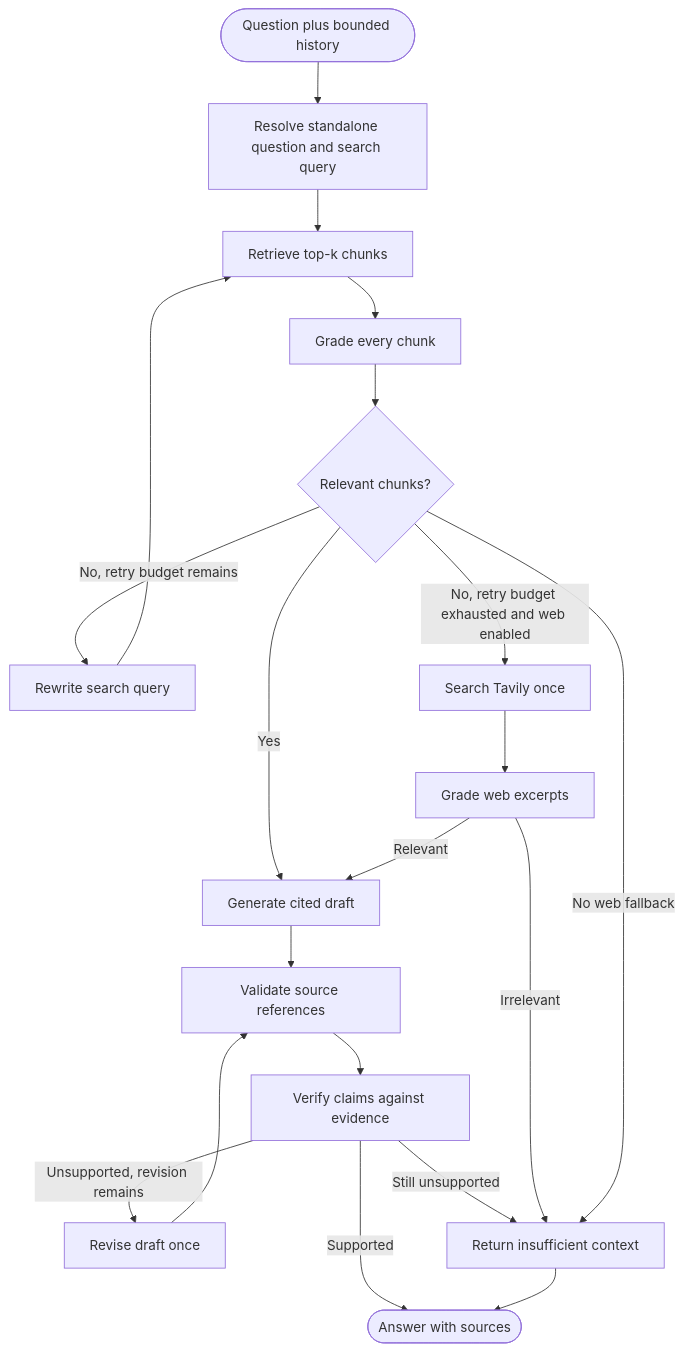
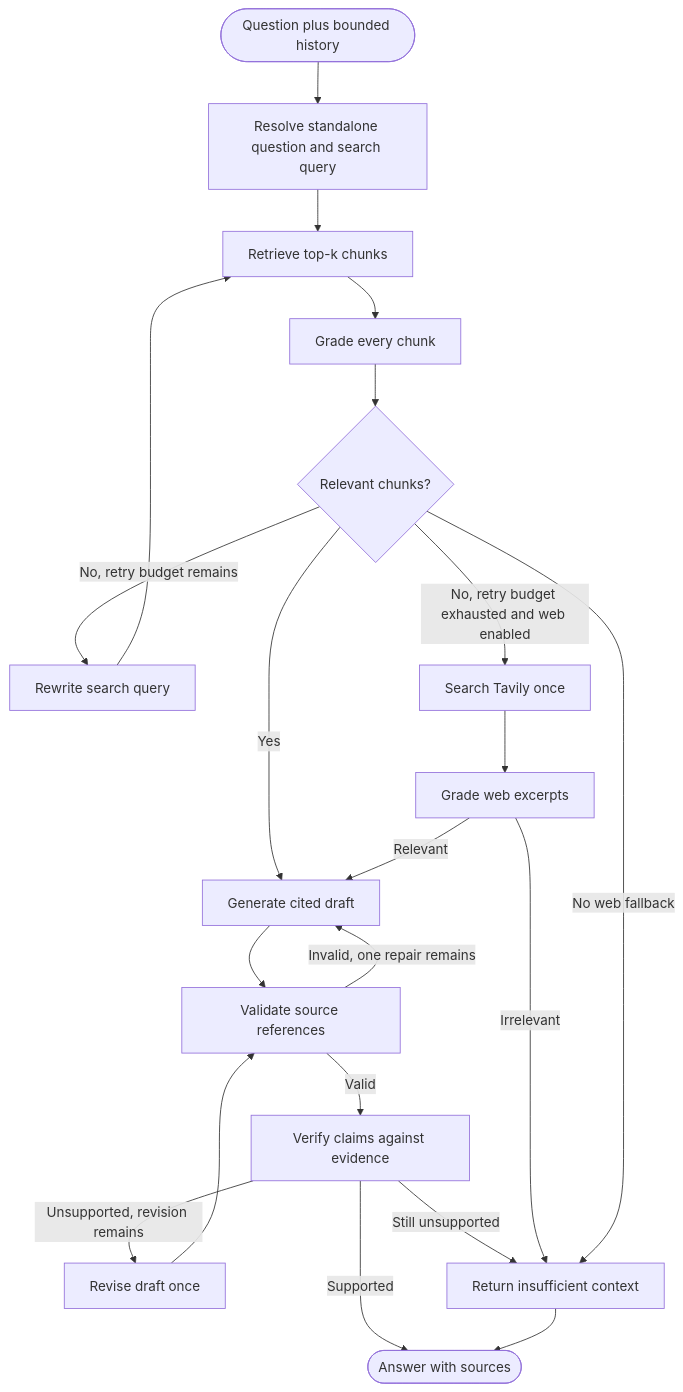
One commit to Sonam-icon/know-it changed the second of 2 diagrams in README.md. Above: the diagram before and after it, drawn with Mermaid. The commit also changed other lines of this file and 6 other files, not shown here.

Commit message:
fix: hardening validation of schema

```diff
--- a/README.md
+++ b/README.md
@@ -51,22 +51,23 @@
 ~~~mermaid
 flowchart TD
     Start([Question plus bounded history]) --> Analyze[Resolve standalone question and search query]
     Analyze --> Retrieve[Retrieve top-k chunks]
     Retrieve --> Grade[Grade every chunk]
     Grade --> Decision{Relevant chunks?}
     Decision -->|Yes| Generate[Generate cited draft]
     Generate --> Cite[Validate source references]
-    Cite --> Verify[Verify claims against evidence]
+    Cite -->|Valid| Verify[Verify claims against evidence]
+    Cite -->|Invalid, one repair remains| Generate
     Verify -->|Supported| Done([Answer with sources])
     Verify -->|Unsupported, revision remains| Revise[Revise draft once]
     Revise --> Cite
     Verify -->|Still unsupported| Abstain
     Decision -->|No, retry budget remains| Rewrite[Rewrite search query]
     Rewrite --> Retrieve
     Decision -->|No, retry budget exhausted and web enabled| Web[Search Tavily once]
     Web --> WebGrade[Grade web excerpts]
     WebGrade -->|Relevant| Generate
     WebGrade -->|Irrelevant| Abstain[Return insufficient context]
     Decision -->|No web fallback| Abstain
     Abstain --> Done
 ~~~
```
